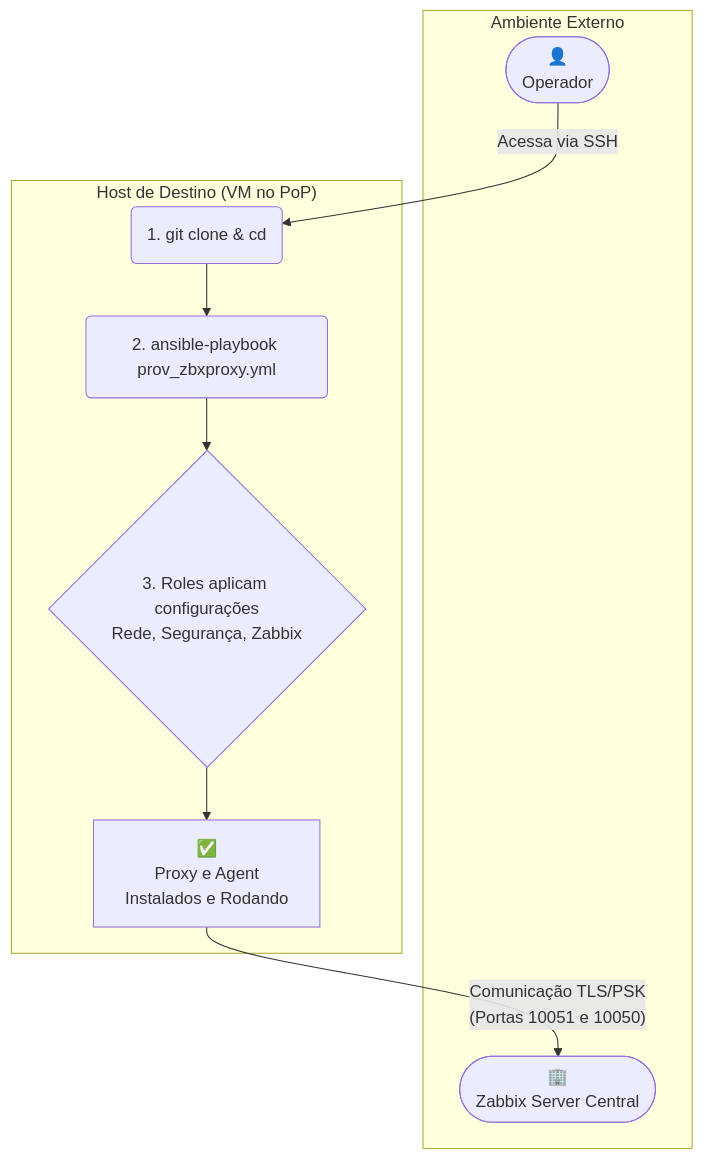
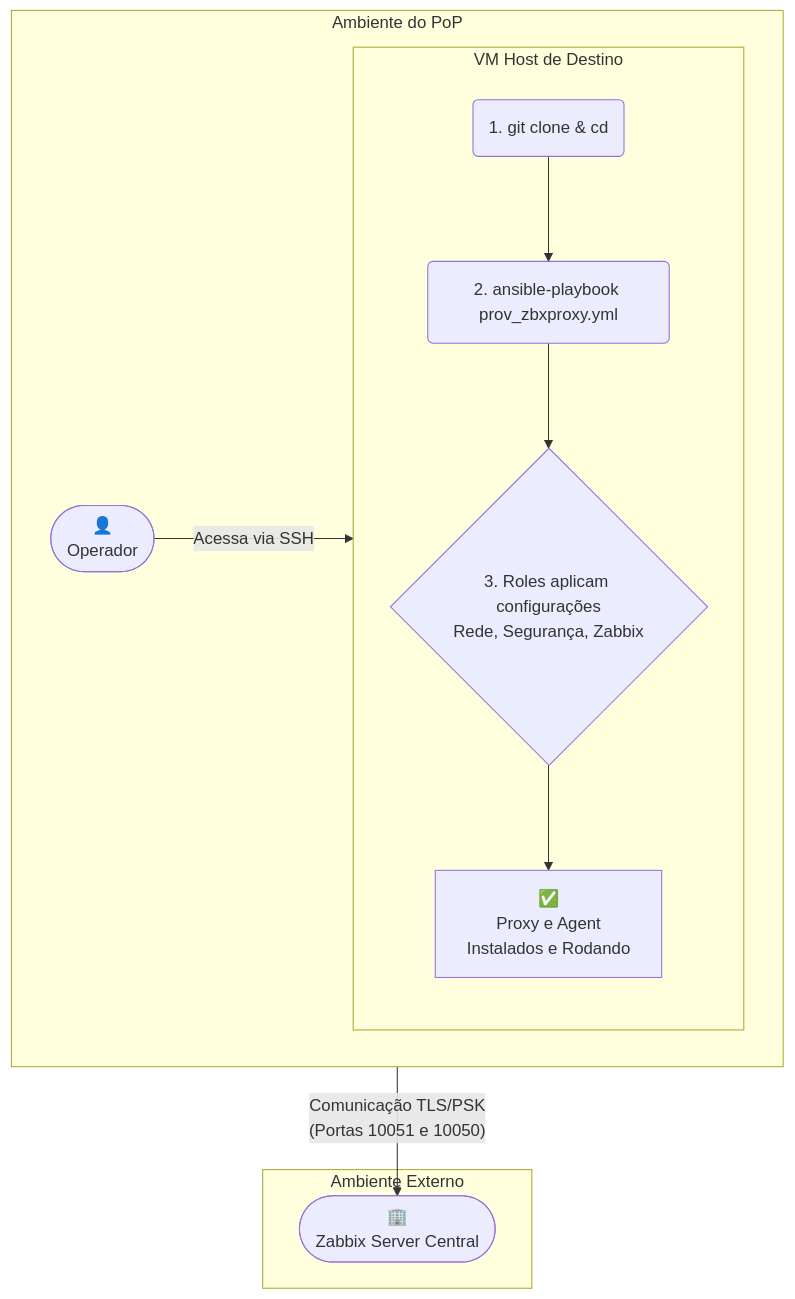
The diagram in README.md (felipeanj0s/Delta), drawn with Mermaid before and after one commit. The commit also changed other lines of this file, not shown here.

````diff
--- a/README.md
+++ b/README.md
@@ -44,19 +44,25 @@
 ```mermaid
 graph TD;
     subgraph "Ambiente Externo"
-        Operador(["👤<br>Operador"]);
         ZabbixServer(["🏢<br>Zabbix Server Central"]);
     end
 
-    subgraph "Host de Destino (VM no PoP)"
-        A("1. git clone & cd");
-        B("2. ansible-playbook prov_zbxproxy.yml");
-        C{"3. Roles aplicam configurações<br>Rede, Segurança, Zabbix"};
-        D["✅<br>Proxy e Agent<br>Instalados e Rodando"];
-        
-        A --> B --> C --> D;
+    subgraph "Ambiente do PoP"
+        direction LR
+        Operador(["👤<br>Operador"]);
+
+        subgraph "VM Host de Destino"
+            direction TD
+            A("1. git clone & cd");
+            B("2. ansible-playbook prov_zbxproxy.yml");
+            C{"3. Roles aplicam configurações<br>Rede, Segurança, Zabbix"};
+            D["✅<br>Proxy e Agent<br>Instalados e Rodando"];
+            
+            A --> B --> C --> D;
+        end
+
+        Operador -- "Acessa via SSH" --> A;
     end
     
-    Operador -- "Acessa via SSH" --> A;
     D -- "Comunicação TLS/PSK<br>(Portas 10051 e 10050)" --> ZabbixServer;
 ```
````
